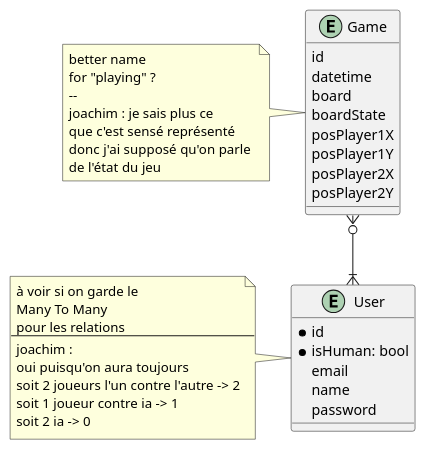
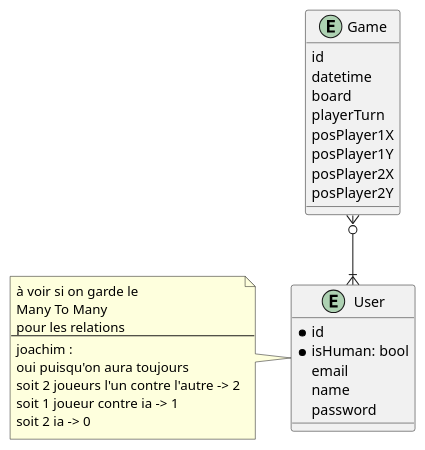
Before and after one commit to vsantele/IG3-projet-ia: the diagram in schema/DB.puml, drawn with PlantUML.

Commit message:
add modification to Game table

```diff
--- a/schema/DB.puml
+++ b/schema/DB.puml
@@ -1,47 +1,39 @@
 @startuml database
 
 
 entity Game{
     id
     datetime
     board 
-    boardState
+    playerTurn
     posPlayer1X
     posPlayer1Y
     posPlayer2X
     posPlayer2Y
 }
-note left
-better name 
-for "playing" ?
--- 
-joachim : je sais plus ce 
-que c'est sensé représenté
-donc j'ai supposé qu'on parle 
-de l'état du jeu
-endnote
+
 
 entity User{
     *id 
     *isHuman: bool
     email
     name 
     password
     
 }
 
 
 Game }o--|{ User
 note left
 à voir si on garde le
 Many To Many
 pour les relations
 --
 joachim :
 oui puisqu'on aura toujours 
 soit 2 joueurs l'un contre l'autre -> 2
 soit 1 joueur contre ia -> 1
 soit 2 ia -> 0
 end note
 
 @enduml
```
